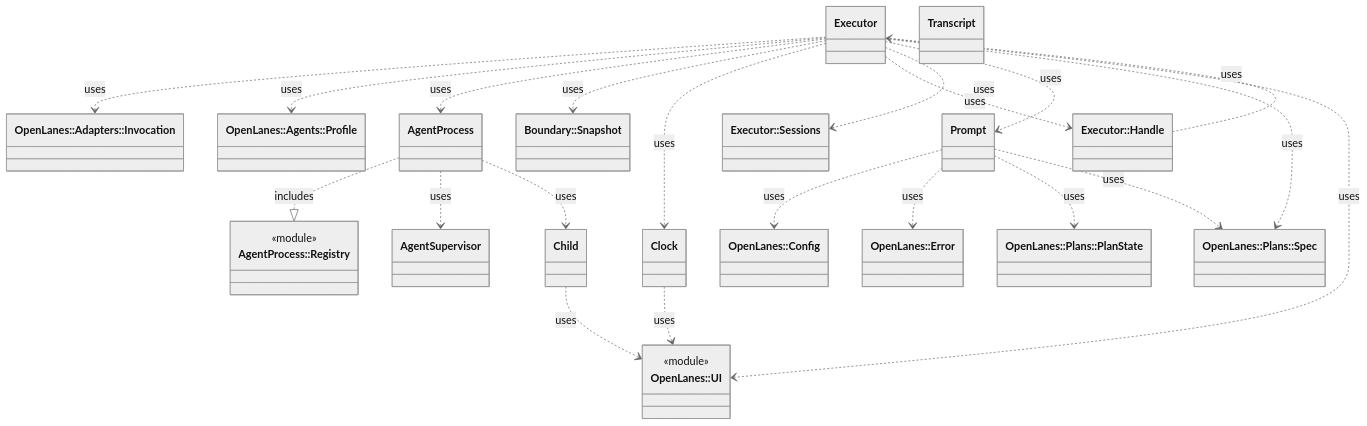
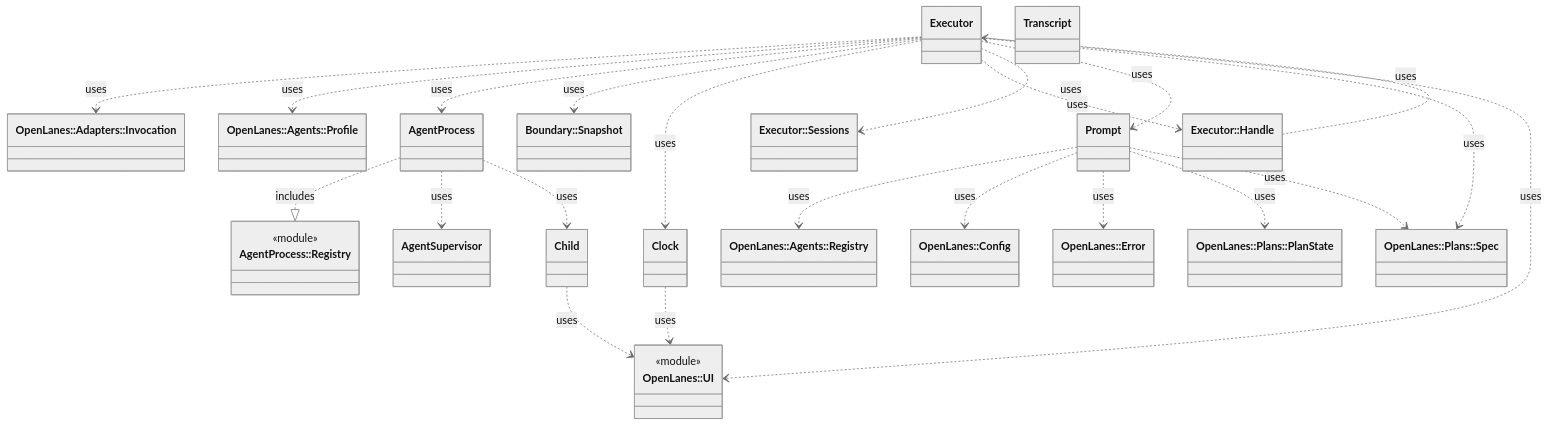
The diagram in docs/architecture/openlanes-execution.md (kigster/openlanes), drawn with Mermaid (neutral theme) before and after one commit. The commit also changed 43 other files, not shown here.

````diff
--- a/docs/architecture/openlanes-execution.md
+++ b/docs/architecture/openlanes-execution.md
@@ -5,43 +5,45 @@
 ```mermaid
 classDiagram
   class OpenLanes__Adapters__Invocation["OpenLanes::Adapters::Invocation"]
   class OpenLanes__Agents__Profile["OpenLanes::Agents::Profile"]
+  class OpenLanes__Agents__Registry["OpenLanes::Agents::Registry"]
   class OpenLanes__Config["OpenLanes::Config"]
   class OpenLanes__Error["OpenLanes::Error"]
   class OpenLanes__Execution__AgentProcess["AgentProcess"]
   class OpenLanes__Execution__AgentProcess__Registry["AgentProcess::Registry"]
   <<module>> OpenLanes__Execution__AgentProcess__Registry
   class OpenLanes__Execution__AgentSupervisor["AgentSupervisor"]
   class OpenLanes__Execution__Boundary__Snapshot["Boundary::Snapshot"]
   class OpenLanes__Execution__Child["Child"]
   class OpenLanes__Execution__Clock["Clock"]
   class OpenLanes__Execution__Executor["Executor"]
   class OpenLanes__Execution__Executor__Handle["Executor::Handle"]
   class OpenLanes__Execution__Executor__Sessions["Executor::Sessions"]
   class OpenLanes__Execution__Prompt["Prompt"]
   class OpenLanes__Execution__Transcript["Transcript"]
   class OpenLanes__Plans__PlanState["OpenLanes::Plans::PlanState"]
   class OpenLanes__Plans__Spec["OpenLanes::Plans::Spec"]
   class OpenLanes__UI["OpenLanes::UI"]
   <<module>> OpenLanes__UI
   OpenLanes__Execution__AgentProcess ..|> OpenLanes__Execution__AgentProcess__Registry : includes
   OpenLanes__Execution__AgentProcess ..> OpenLanes__Execution__AgentSupervisor : uses
   OpenLanes__Execution__AgentProcess ..> OpenLanes__Execution__Child : uses
   OpenLanes__Execution__Child ..> OpenLanes__UI : uses
   OpenLanes__Execution__Clock ..> OpenLanes__UI : uses
   OpenLanes__Execution__Executor ..> OpenLanes__Adapters__Invocation : uses
   OpenLanes__Execution__Executor ..> OpenLanes__Agents__Profile : uses
   OpenLanes__Execution__Executor ..> OpenLanes__Execution__AgentProcess : uses
   OpenLanes__Execution__Executor ..> OpenLanes__Execution__Boundary__Snapshot : uses
   OpenLanes__Execution__Executor ..> OpenLanes__Execution__Clock : uses
   OpenLanes__Execution__Executor ..> OpenLanes__Execution__Executor__Handle : uses
   OpenLanes__Execution__Executor ..> OpenLanes__Execution__Executor__Sessions : uses
   OpenLanes__Execution__Executor ..> OpenLanes__Execution__Prompt : uses
   OpenLanes__Execution__Executor ..> OpenLanes__Plans__Spec : uses
   OpenLanes__Execution__Executor ..> OpenLanes__UI : uses
   OpenLanes__Execution__Executor__Handle ..> OpenLanes__Execution__Executor : uses
+  OpenLanes__Execution__Prompt ..> OpenLanes__Agents__Registry : uses
   OpenLanes__Execution__Prompt ..> OpenLanes__Config : uses
   OpenLanes__Execution__Prompt ..> OpenLanes__Error : uses
   OpenLanes__Execution__Prompt ..> OpenLanes__Plans__PlanState : uses
   OpenLanes__Execution__Prompt ..> OpenLanes__Plans__Spec : uses
 ```
````
